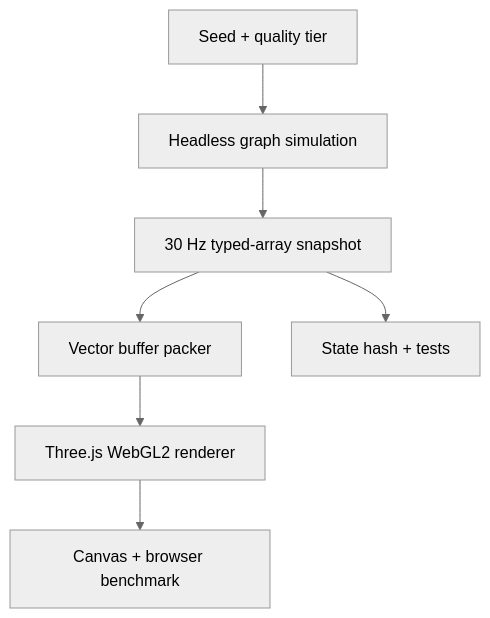
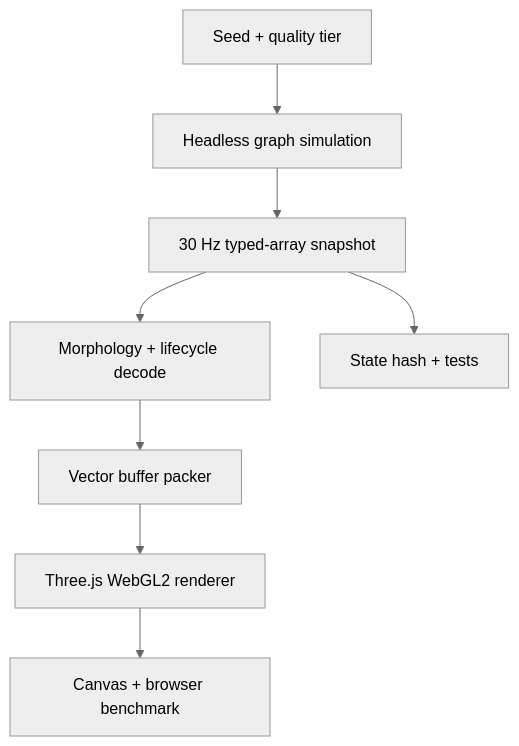
One commit to coobytron/vector-sim changed the diagram in docs/ARCHITECTURE.md. Above: the diagram before and after it, drawn with Mermaid (neutral theme). The commit also changed other lines of this file and 26 other files, not shown here.

````diff
--- a/docs/ARCHITECTURE.md
+++ b/docs/ARCHITECTURE.md
@@ -10,9 +10,10 @@
 ```mermaid
 flowchart TD
   A[Seed + quality tier] --> B[Headless graph simulation]
   B --> C[30 Hz typed-array snapshot]
-  C --> D[Vector buffer packer]
+  C --> H[Morphology + lifecycle decode]
+  H --> D[Vector buffer packer]
   D --> E[Three.js WebGL2 renderer]
   E --> F[Canvas + browser benchmark]
   C --> G[State hash + tests]
 ```
````
